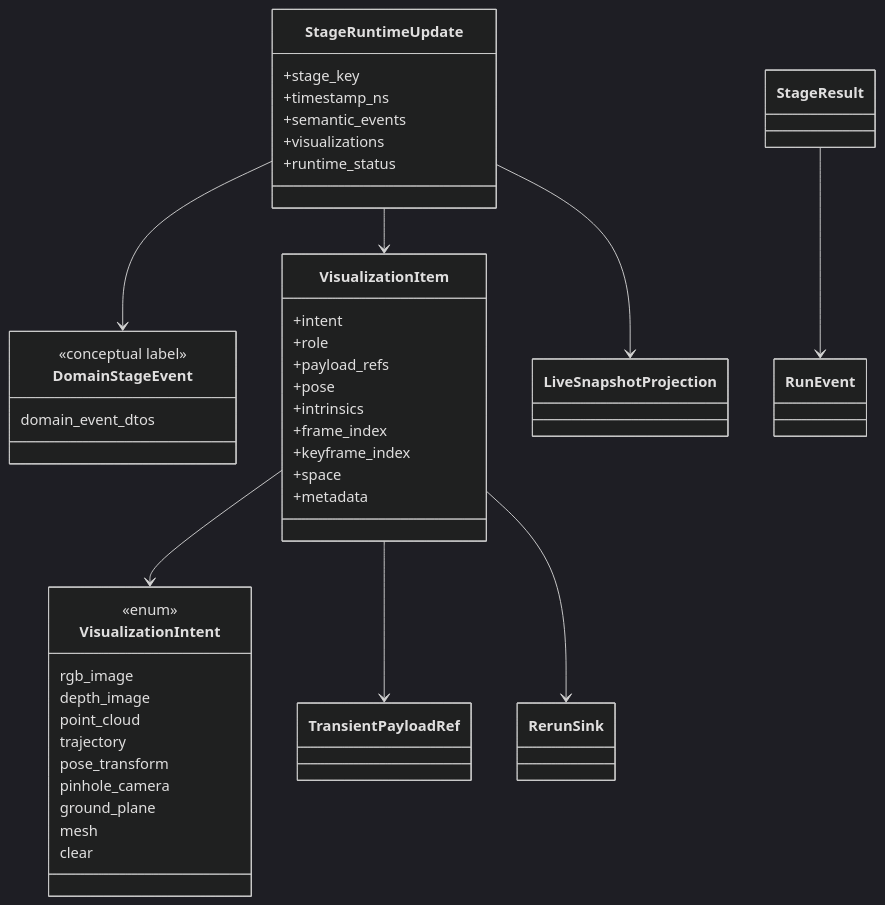
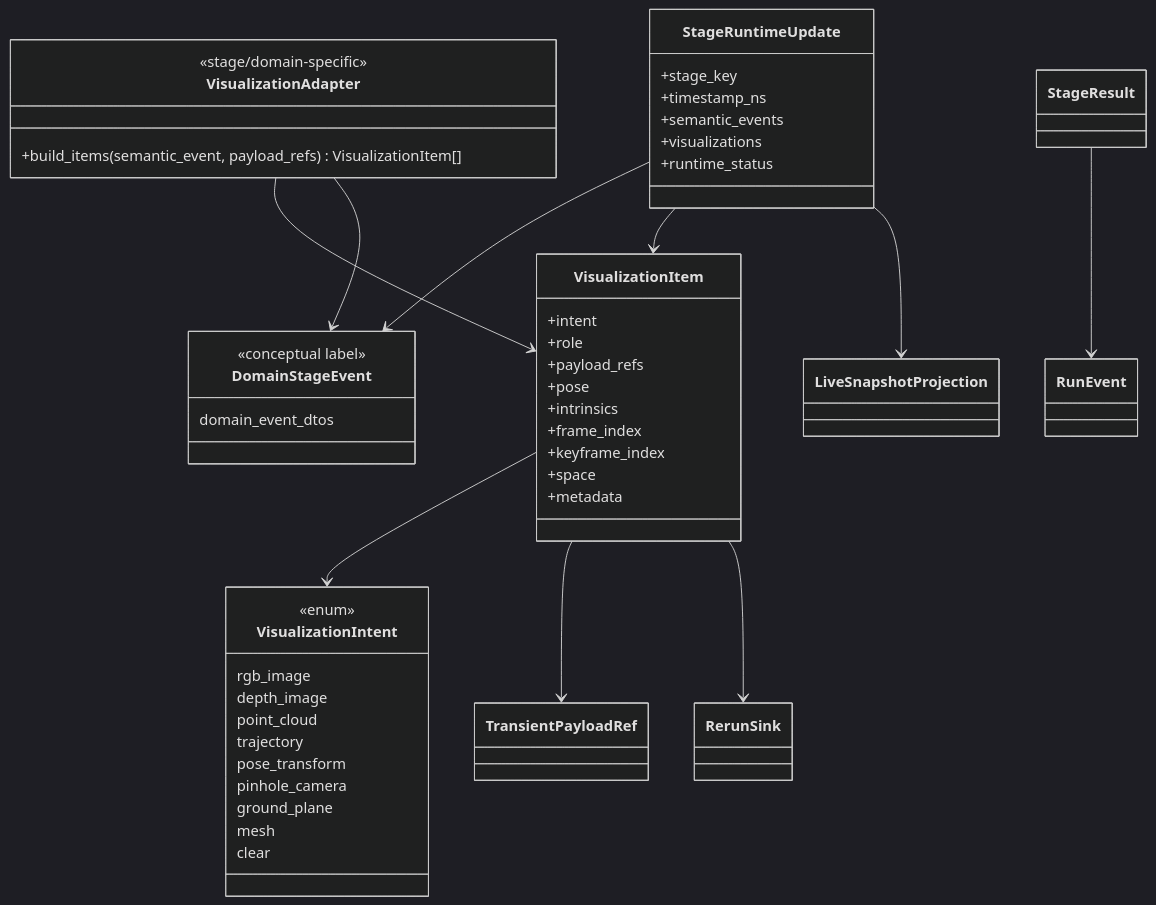
Before and after one commit to JanDuchscherer104/prml-vslam: diagram 13 of 17 in docs/architecture/pipeline-stage-refactor-target.md, drawn with Mermaid (dark theme). The commit also changed other lines of this file and 6 other files, not shown here.

````diff
--- a/docs/architecture/pipeline-stage-refactor-target.md
+++ b/docs/architecture/pipeline-stage-refactor-target.md
@@ -1189,53 +1247,60 @@
 ```mermaid
 classDiagram
     class StageRuntimeUpdate {
         +stage_key
         +timestamp_ns
         +semantic_events
         +visualizations
         +runtime_status
     }
 
     class DomainStageEvent {
         <<conceptual label>>
         domain_event_dtos
     }
 
     class VisualizationItem {
         +intent
         +role
         +payload_refs
         +pose
         +intrinsics
         +frame_index
         +keyframe_index
         +space
         +metadata
     }
 
     class VisualizationIntent {
         <<enum>>
         rgb_image
         depth_image
         point_cloud
         trajectory
         pose_transform
         pinhole_camera
         ground_plane
         mesh
         clear
     }
 
+    class VisualizationAdapter {
+        <<stage/domain-specific>>
+        +build_items(semantic_event, payload_refs) VisualizationItem[]
+    }
+
     class StageResult
     class RunEvent
     class LiveSnapshotProjection
     class RerunSink
 
     StageRuntimeUpdate --> DomainStageEvent
     StageRuntimeUpdate --> VisualizationItem
+    VisualizationAdapter --> VisualizationItem
+    VisualizationAdapter --> DomainStageEvent
     VisualizationItem --> VisualizationIntent
     VisualizationItem --> TransientPayloadRef
     StageRuntimeUpdate --> LiveSnapshotProjection
     VisualizationItem --> RerunSink
     StageResult --> RunEvent
 ```
````
